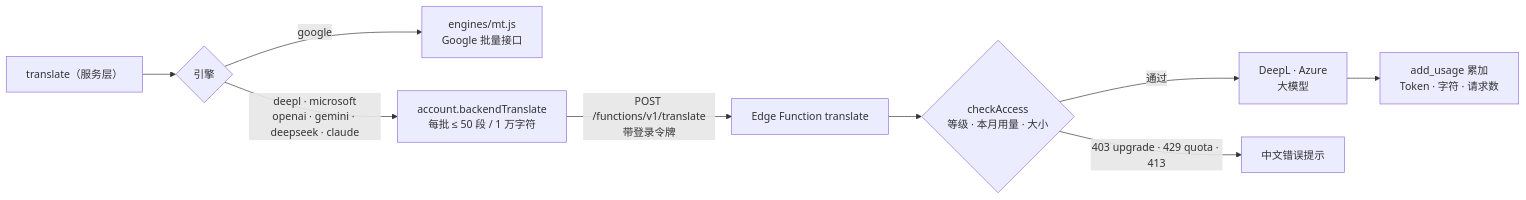
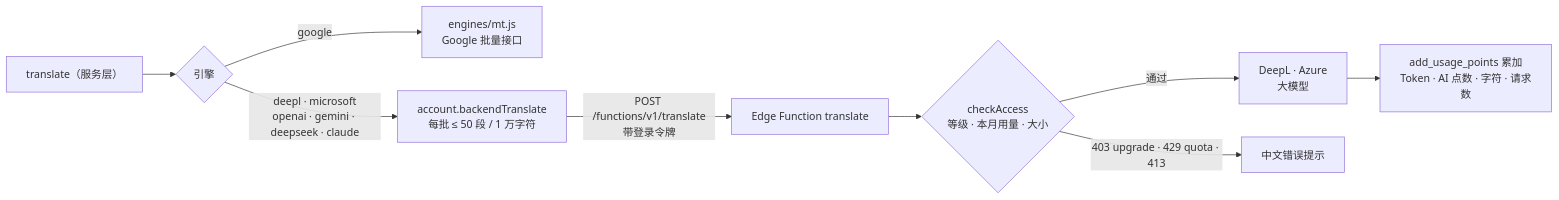
The fifth of 13 diagrams in docs/architecture.md (pandatalk8/glimmer), drawn with Mermaid before and after one commit. The commit also changed other lines of this file and 25 other files, not shown here.

````diff
--- a/docs/architecture.md
+++ b/docs/architecture.md
@@ -220,11 +220,11 @@
 ```mermaid
 flowchart LR
   T["translate（服务层）"] --> R{"引擎"}
   R -- "google" --> G["engines/mt.js<br/>Google 批量接口"]
   R -- "deepl · microsoft<br/>openai · gemini · deepseek · claude" --> B["account.backendTranslate<br/>每批 ≤ 50 段 / 1 万字符"]
   B -- "POST /functions/v1/translate<br/>带登录令牌" --> F["Edge Function translate"]
   F --> C{"checkAccess<br/>等级 · 本月用量 · 大小"}
   C -- "通过" --> P["DeepL · Azure<br/>大模型"]
   C -- "403 upgrade · 429 quota · 413" --> X["中文错误提示"]
-  P --> U["add_usage 累加<br/>Token · 字符 · 请求数"]
+  P --> U["add_usage_points 累加<br/>Token · AI 点数 · 字符 · 请求数"]
 ```
````
